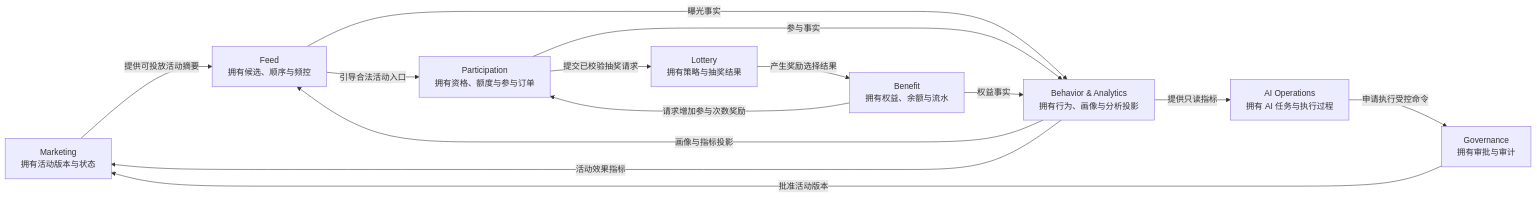
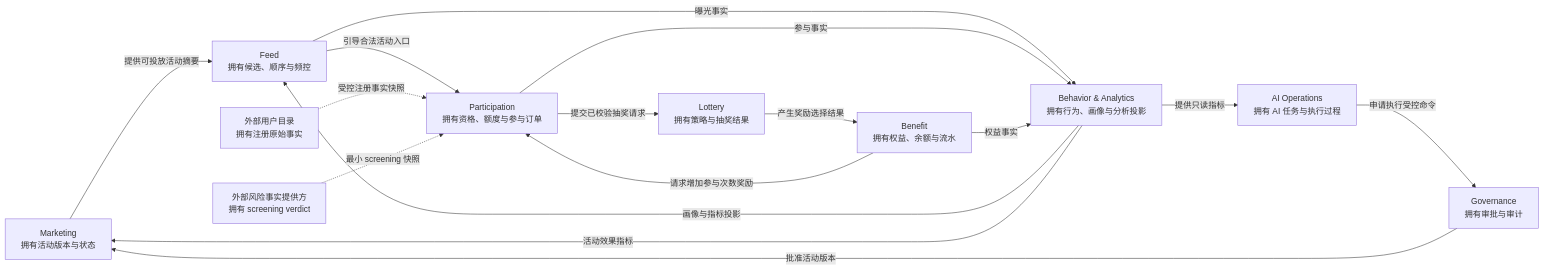
One commit to Atingaii/GrowthOS-Go changed the fourth of 5 diagrams in docs/product/system-design-v0.md. Above: the diagram before and after it, drawn with Mermaid. The commit also changed other lines of this file and 1 other file, not shown here.

Commit message:
docs(architecture): map participation prerequisite ownership

````diff
--- a/docs/product/system-design-v0.md
+++ b/docs/product/system-design-v0.md
@@ -157,25 +160,29 @@
 ```mermaid
 flowchart LR
     MKT[Marketing\n拥有活动版本与状态]
     GOV[Governance\n拥有审批与审计]
     FEED[Feed\n拥有候选、顺序与频控]
     PAR[Participation\n拥有资格、额度与参与订单]
     LOT[Lottery\n拥有策略与抽奖结果]
     BEN[Benefit\n拥有权益、余额与流水]
     BA[Behavior & Analytics\n拥有行为、画像与分析投影]
     AI[AI Operations\n拥有 AI 任务与执行过程]
+    USERDIR[外部用户目录\n拥有注册原始事实]
+    RISKFACT[外部风险事实提供方\n拥有 screening verdict]
 
     GOV -->|批准活动版本| MKT
     MKT -->|提供可投放活动摘要| FEED
     FEED -->|引导合法活动入口| PAR
     PAR -->|提交已校验抽奖请求| LOT
     LOT -->|产生奖励选择结果| BEN
     BEN -->|请求增加参与次数奖励| PAR
     FEED -->|曝光事实| BA
     PAR -->|参与事实| BA
     BEN -->|权益事实| BA
     BA -->|画像与指标投影| FEED
     BA -->|活动效果指标| MKT
     AI -->|申请执行受控命令| GOV
     BA -->|提供只读指标| AI
+    USERDIR -. 受控注册事实快照 .-> PAR
+    RISKFACT -. 最小 screening 快照 .-> PAR
 ```
````
